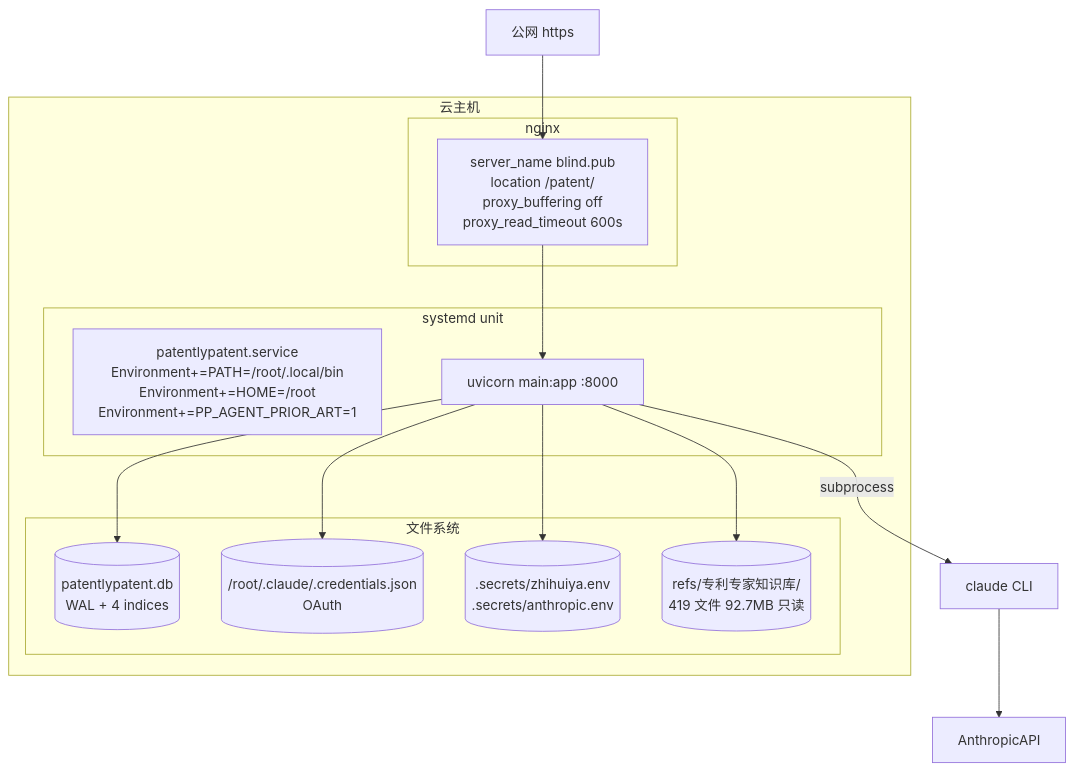
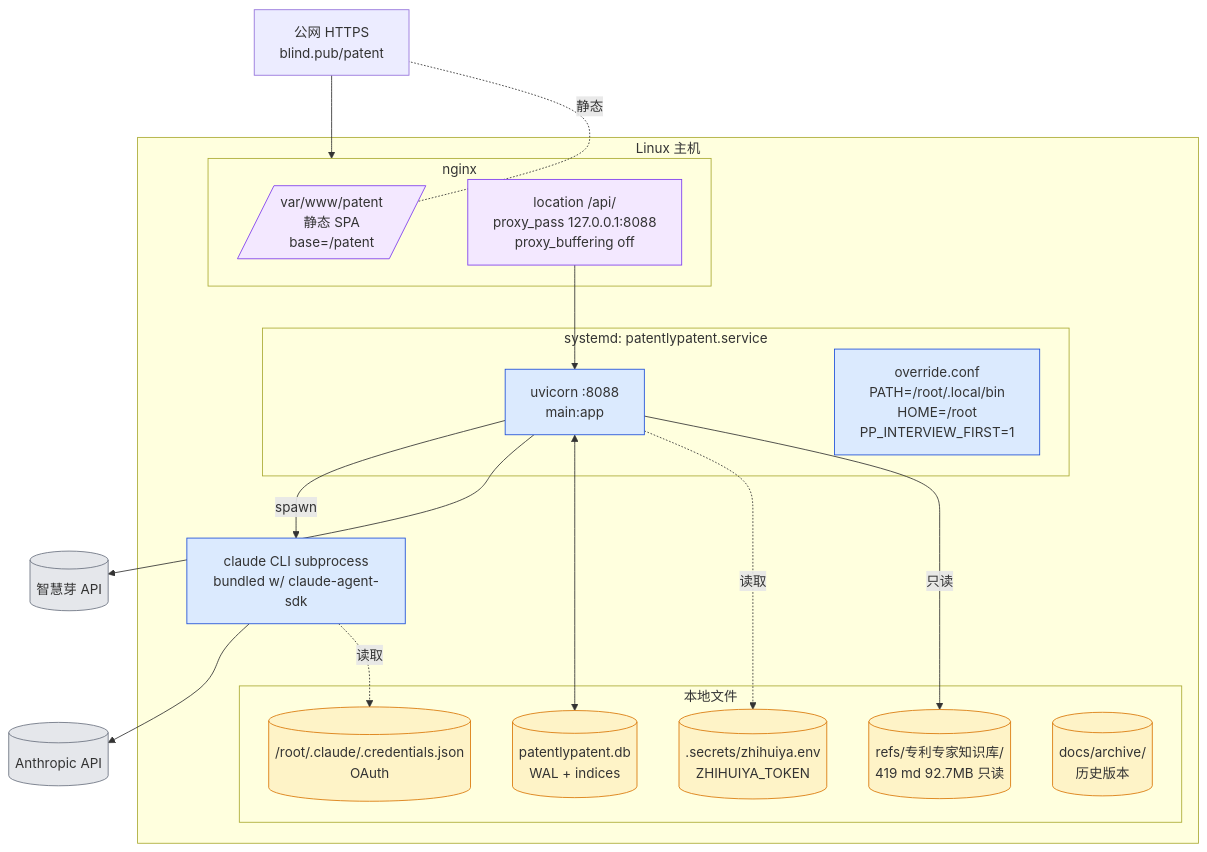
Before and after one commit to ChuangLee/PatentlyPatent: diagram 11 of 13 in docs/hld.md, drawn with Mermaid. The commit also changed other lines of this file and 45 other files, not shown here.

````diff
--- a/docs/hld.md
+++ b/docs/hld.md
@@ -422,25 +626,45 @@
 ```mermaid
-graph TD
-    subgraph Server[云主机]
-        subgraph Systemd[systemd unit]
-            UNIT[patentlypatent.service<br/>Environment+=PATH=/root/.local/bin<br/>Environment+=HOME=/root<br/>Environment+=PP_AGENT_PRIOR_ART=1]
-            PROC[uvicorn main:app :8000]
+graph TB
+    classDef ng fill:#f3e8ff,stroke:#7c3aed
+    classDef sd fill:#dbeafe,stroke:#1d4ed8
+    classDef fs fill:#fef3c7,stroke:#d97706
+    classDef ext fill:#e5e7eb,stroke:#6b7280
+
+    NET[公网 HTTPS<br/>blind.pub/patent]
+
+    subgraph Server[Linux 主机]
+        subgraph Nginx[nginx]
+            NG_STATIC[/var/www/patent<br/>静态 SPA<br/>base=/patent/]:::ng
+            NG_PROXY[location /api/<br/>proxy_pass 127.0.0.1:8088<br/>proxy_buffering off]:::ng
         end
-        subgraph FS[文件系统]
-            DB[(patentlypatent.db<br/>WAL + 4 indices)]
-            CRED[(/root/.claude/.credentials.json<br/>OAuth)]
-            SECRETS[(.secrets/zhihuiya.env<br/>.secrets/anthropic.env)]
-            KBR[(refs/专利专家知识库/<br/>419 文件 92.7MB 只读)]
+
+        subgraph Systemd[systemd: patentlypatent.service]
+            UVICORN[uvicorn :8088<br/>main:app]:::sd
+            OVERRIDE[override.conf<br/>PATH=/root/.local/bin<br/>HOME=/root<br/>PP_INTERVIEW_FIRST=1]:::sd
         end
-        subgraph Web[nginx]
-            NG[server_name blind.pub<br/>location /patent/<br/>proxy_buffering off<br/>proxy_read_timeout 600s]
+
+        subgraph FsLayer[本地文件]
+            DBF[(patentlypatent.db<br/>WAL + indices)]:::fs
+            CRED[(/root/.claude/.credentials.json<br/>OAuth)]:::fs
+            SECRETS[(.secrets/zhihuiya.env<br/>ZHIHUIYA_TOKEN)]:::fs
+            KBR[(refs/专利专家知识库/<br/>419 md 92.7MB 只读)]:::fs
+            ARCHIVE[(docs/archive/<br/>历史版本)]:::fs
         end
+
+        CLI_SUB[claude CLI subprocess<br/>bundled w/ claude-agent-sdk]:::sd
     end
-    Net[公网 https] --> NG --> PROC
-    PROC --> DB
-    PROC --> CRED
-    PROC --> SECRETS
-    PROC --> KBR
-    PROC -- subprocess --> CLAUDE[claude CLI]
-    CLAUDE --> AnthropicAPI
+
+    ANTH[(Anthropic API)]:::ext
+    ZHY[(智慧芽 API)]:::ext
+
+    NET --> Nginx
+    NG_STATIC -.静态.- NET
+    NG_PROXY --> UVICORN
+    UVICORN -- spawn --> CLI_SUB
+    CLI_SUB --> ANTH
+    UVICORN --> ZHY
+    UVICORN <--> DBF
+    CLI_SUB -.读取.-> CRED
+    UVICORN -.读取.-> SECRETS
+    UVICORN -- 只读 --> KBR
 ```
````
